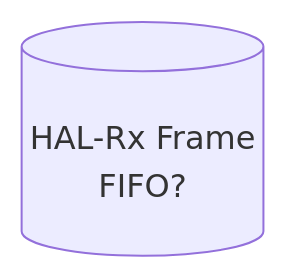
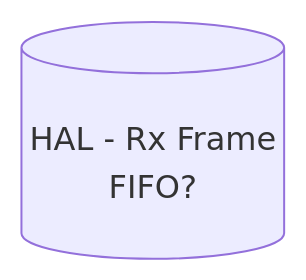
The fifth of 8 diagrams in doc/7.-Buffer-Strategy.md (Nakakiyo092/usb2canfdv1), drawn with Mermaid before and after one commit. The commit also changed other lines of this file, not shown here.

Commit message:
Update Buffer Strategy documentation with diagrams

````diff
--- a/doc/7.-Buffer-Strategy.md
+++ b/doc/7.-Buffer-Strategy.md
@@ -18,5 +55,5 @@
 ```mermaid
 block
   columns 5
-  space  space  RX[("<br>HAL-Rx Frame<br>FIFO?")]  space  space
+  space  space  RX[("<br>HAL - Rx Frame<br>FIFO?")]  space  space
 ```
````
